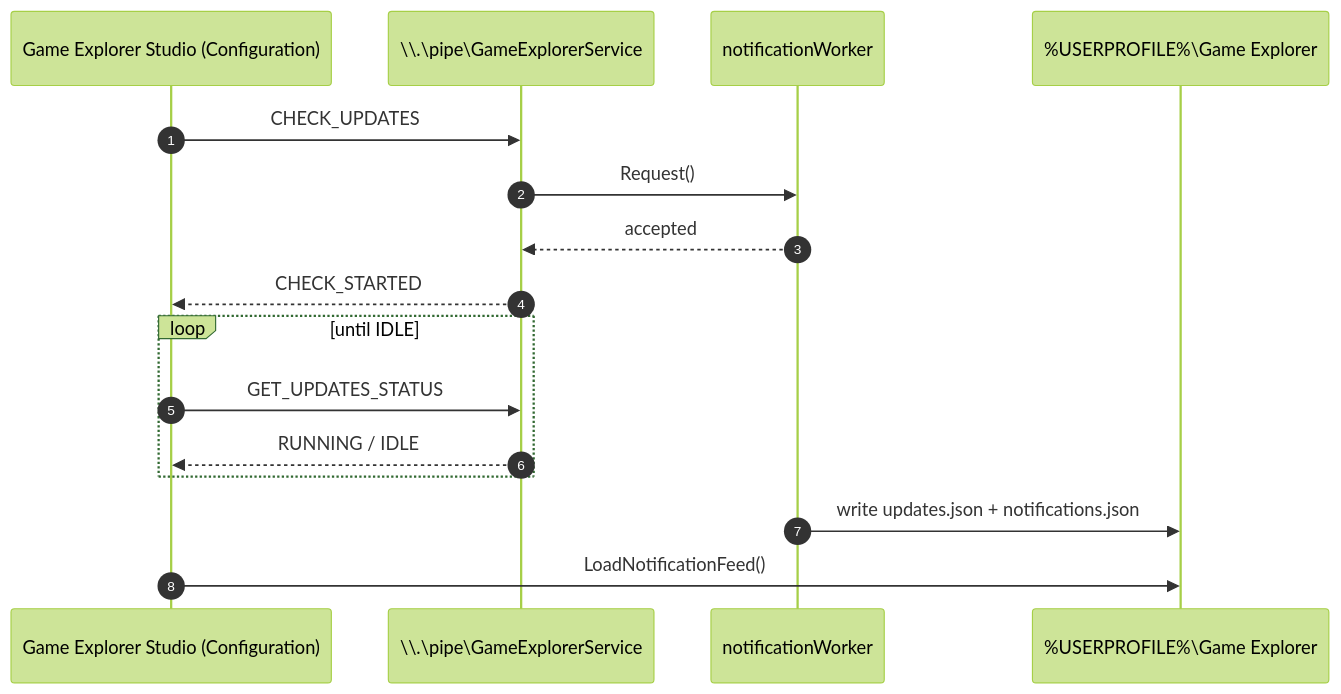
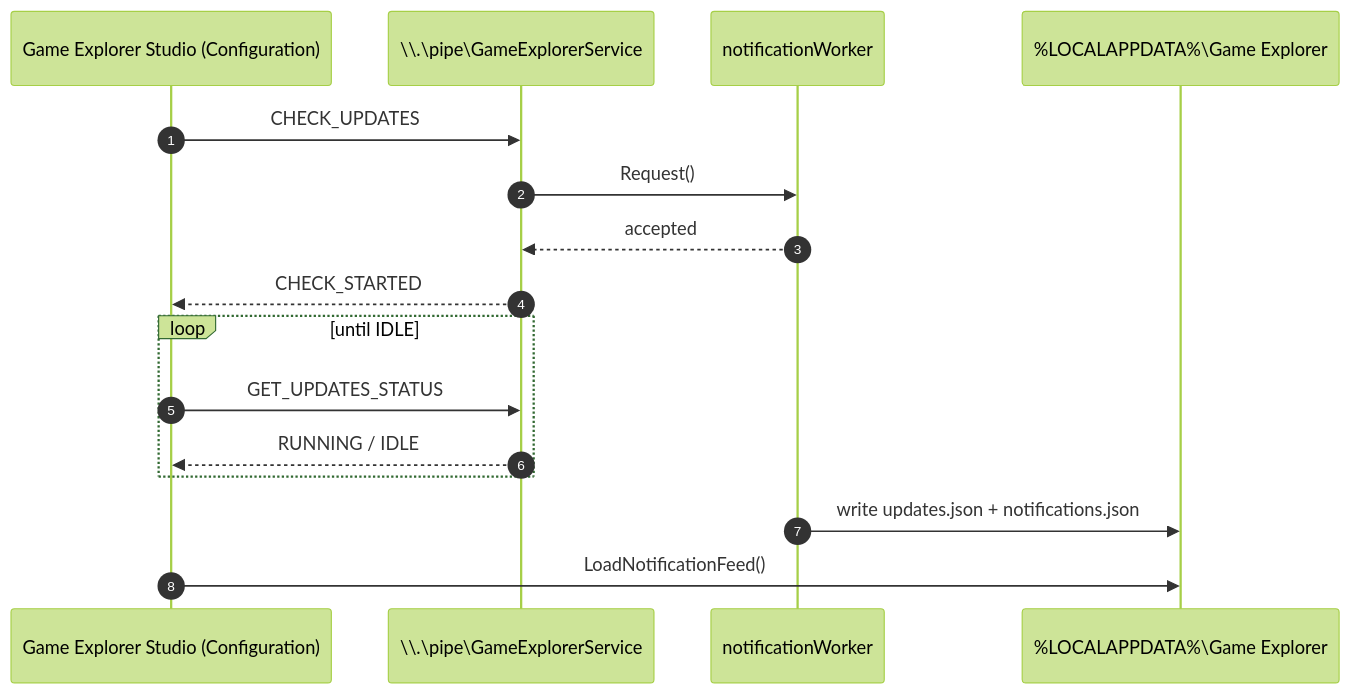
Before and after one commit to HELIX-Origin/windows-game-explorer: the diagram in docs/developer/service-and-ipc.md, drawn with Mermaid (forest theme). The commit also changed other lines of this file and 68 other files, not shown here.

````diff
--- a/docs/developer/service-and-ipc.md
+++ b/docs/developer/service-and-ipc.md
@@ -129,19 +129,19 @@
 ```mermaid
 sequenceDiagram
     autonumber
     participant Studio as Game Explorer Studio (Configuration)
     participant Pipe as \\.\pipe\GameExplorerService
     participant Worker as notificationWorker
-    participant Files as %USERPROFILE%\Game Explorer
+    participant Files as %LOCALAPPDATA%\Game Explorer
 
     Studio->>Pipe: CHECK_UPDATES
     Pipe->>Worker: Request()
     Worker-->>Pipe: accepted
     Pipe-->>Studio: CHECK_STARTED
     loop until IDLE
         Studio->>Pipe: GET_UPDATES_STATUS
         Pipe-->>Studio: RUNNING / IDLE
     end
     Worker->>Files: write updates.json + notifications.json
     Studio->>Files: LoadNotificationFeed()
 ```
````
